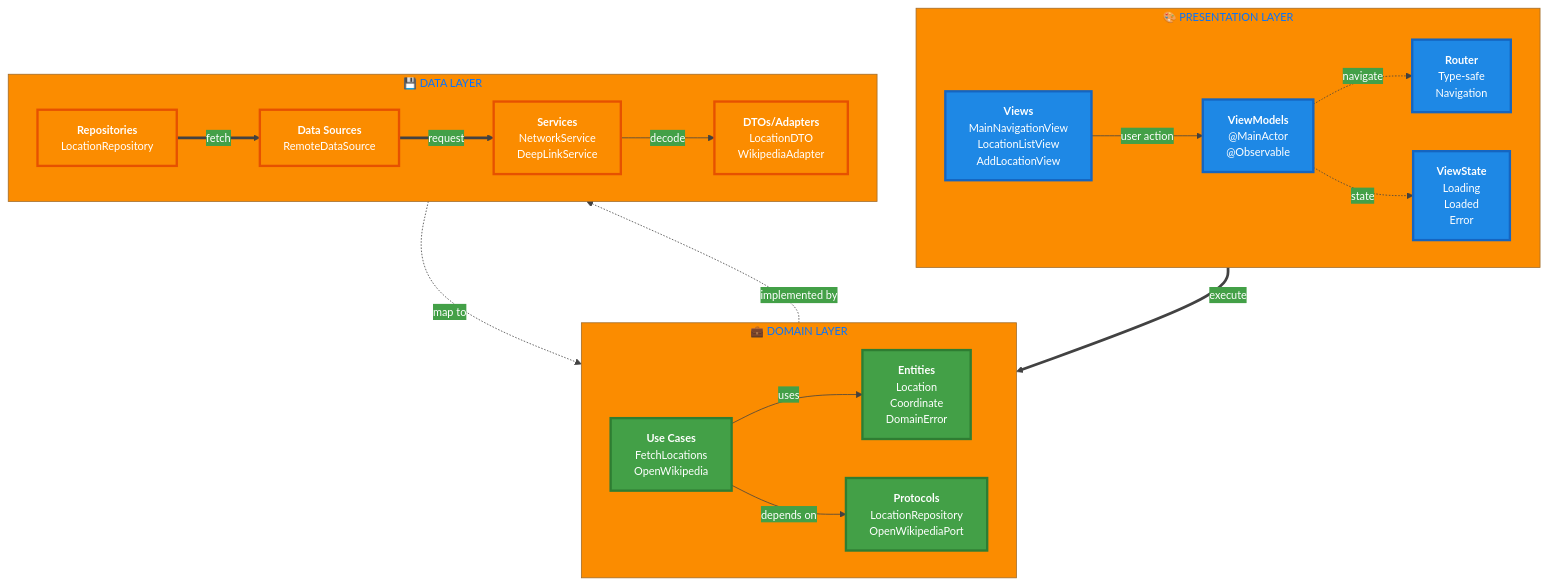
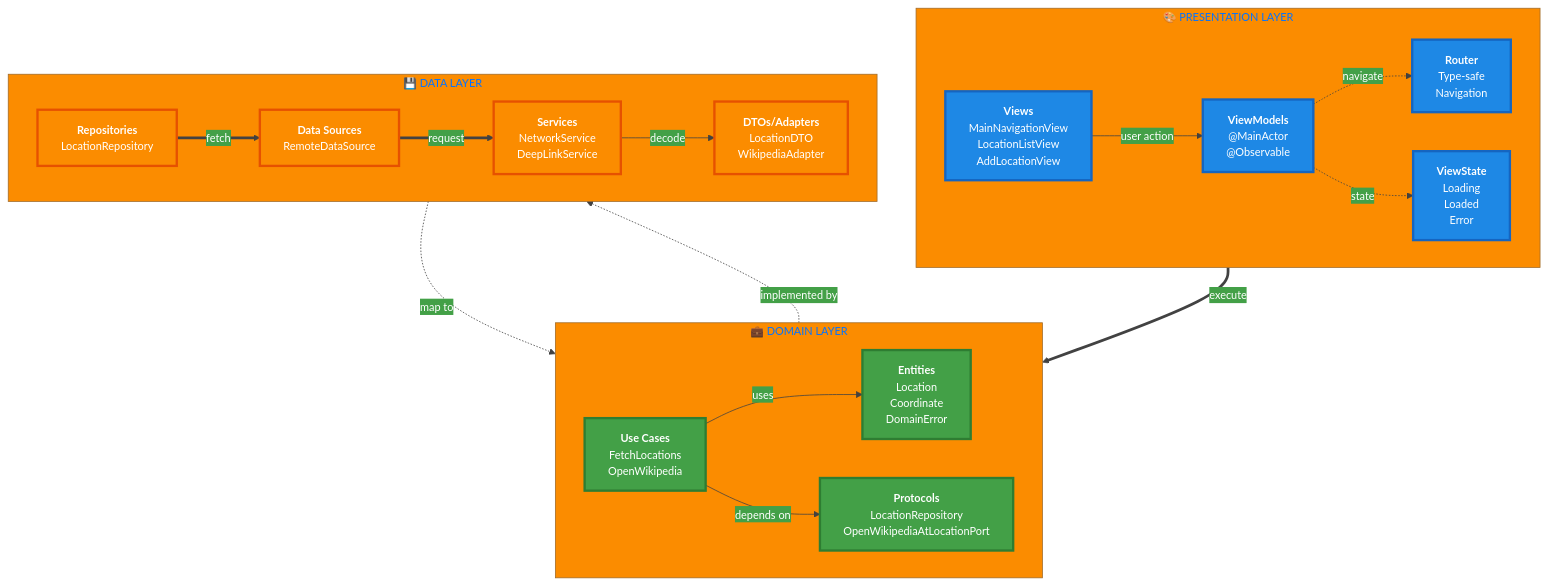
One commit to bafsheh/Places-Demo-App changed the first of 3 diagrams in README.md. Above: the diagram before and after it, drawn with Mermaid. The commit also changed 7 other files, not shown here.

````diff
--- a/README.md
+++ b/README.md
@@ -112,57 +112,57 @@
 ```mermaid
 %%{init: {'theme':'base', 'themeVariables': { 'primaryColor':'#1e88e5','primaryTextColor':'#fff','primaryBorderColor':'#1565c0','lineColor':'#424242','secondaryColor':'#43a047','tertiaryColor':'#fb8c00','fontSize':'14px'}}}%%
 
 graph TB
     subgraph Presentation["🎨 PRESENTATION LAYER"]
         direction LR
         Views["<b>Views</b><br/>MainNavigationView<br/>LocationListView<br/>AddLocationView"]
         ViewModels["<b>ViewModels</b><br/>@MainActor<br/>@Observable"]
         Router["<b>Router</b><br/>Type-safe<br/>Navigation"]
         ViewState["<b>ViewState</b><br/>Loading<br/>Loaded<br/>Error"]
     end
     
     subgraph Domain["💼 DOMAIN LAYER"]
         direction LR
         Entities["<b>Entities</b><br/>Location<br/>Coordinate<br/>DomainError"]
         UseCases["<b>Use Cases</b><br/>FetchLocations<br/>OpenWikipedia"]
-        Protocols["<b>Protocols</b><br/>LocationRepository<br/>OpenWikipediaPort"]
+        Protocols["<b>Protocols</b><br/>LocationRepository<br/>OpenWikipediaAtLocationPort"]
     end
     
     subgraph Data["💾 DATA LAYER"]
         direction LR
         Repos["<b>Repositories</b><br/>LocationRepository"]
         DataSources["<b>Data Sources</b><br/>RemoteDataSource"]
         Services["<b>Services</b><br/>NetworkService<br/>DeepLinkService"]
         DTOs["<b>DTOs/Adapters</b><br/>LocationDTO<br/>WikipediaAdapter"]
     end
     
     %% Presentation internal connections
     Views -->|user action| ViewModels
     ViewModels -.->|navigate| Router
     ViewModels -.->|state| ViewState
     
     %% Presentation to Domain
     ViewModels ==>|execute| UseCases
     
     %% Domain internal connections
     UseCases -->|uses| Entities
     UseCases -->|depends on| Protocols
     
     %% Domain to Data
     Protocols -.->|implemented by| Repos
     
     %% Data internal connections
     Repos ==>|fetch| DataSources
     DataSources ==>|request| Services
     Services -->|decode| DTOs
     DTOs -.->|map to| Entities
     
     %% Styling for layers
     classDef presentationStyle fill:#1e88e5,stroke:#1565c0,stroke-width:3px,color:#fff
     classDef domainStyle fill:#43a047,stroke:#2e7d32,stroke-width:3px,color:#fff
     classDef dataStyle fill:#fb8c00,stroke:#e65100,stroke-width:3px,color:#fff
     
     class Views,ViewModels,Router,ViewState presentationStyle
     class Entities,UseCases,Protocols domainStyle
     class Repos,DataSources,Services,DTOs dataStyle
 ```
````
